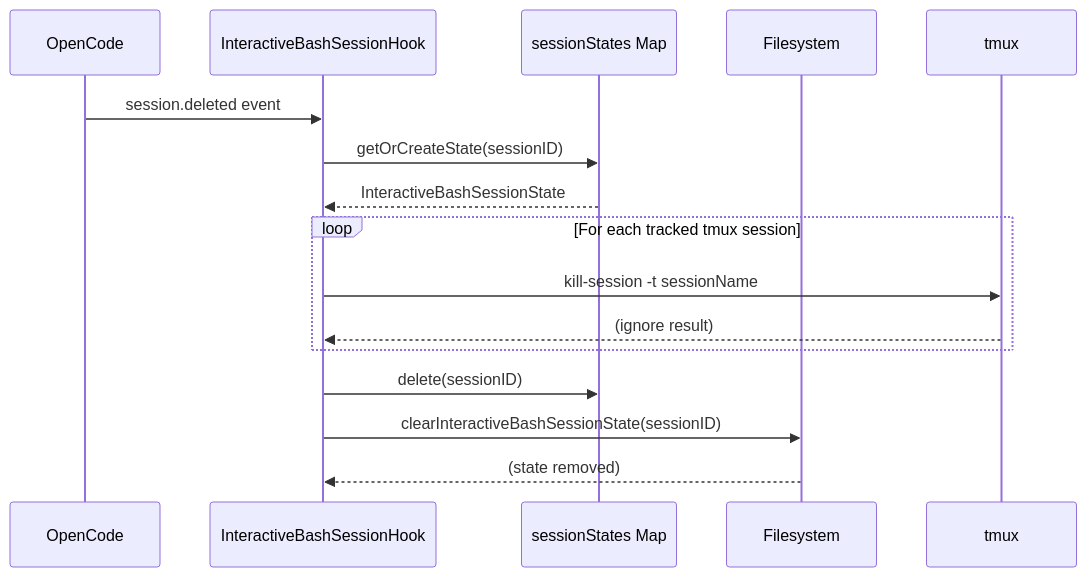
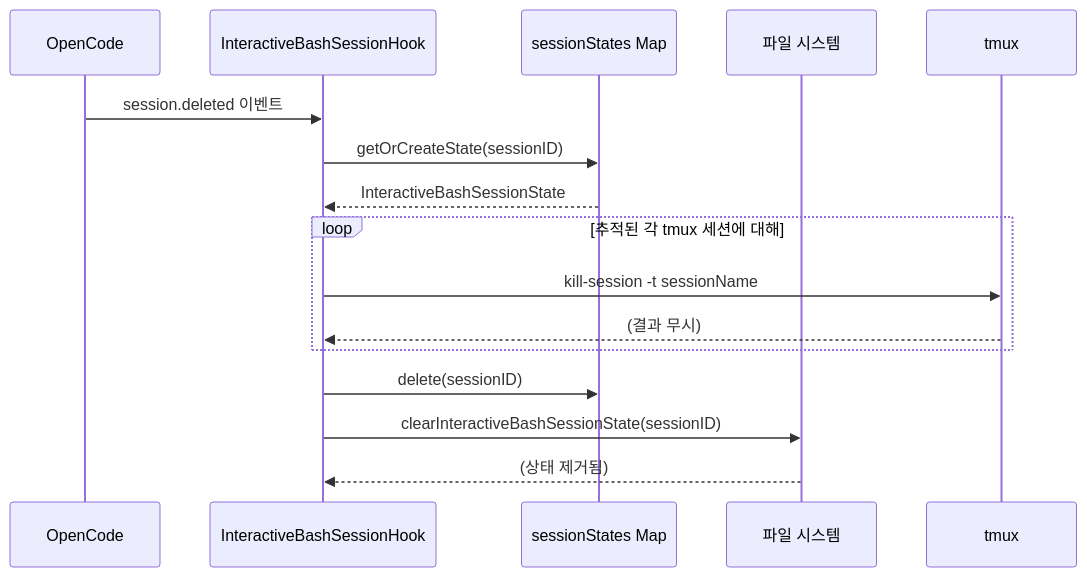
Before and after one commit to felipetruman/oh-my-opencode-docs: the fifth of 7 diagrams in docs/tools/specialized-tools.md, drawn with Mermaid. The commit also changed other lines of this file and 76 other files, not shown here.

````diff
--- a/docs/tools/specialized-tools.md
+++ b/docs/tools/specialized-tools.md
@@ -318,19 +287,19 @@
 ```mermaid
 sequenceDiagram
   participant p1 as OpenCode
   participant p2 as InteractiveBashSessionHook
   participant p3 as sessionStates Map
-  participant p4 as Filesystem
+  participant p4 as 파일 시스템
   participant p5 as tmux
 
-  p1->>p2: session.deleted event
+  p1->>p2: session.deleted 이벤트
   p2->>p3: getOrCreateState(sessionID)
   p3-->>p2: InteractiveBashSessionState
-  loop For each tracked tmux session
+  loop 추적된 각 tmux 세션에 대해
     p2->>p5: kill-session -t sessionName
-    p5-->>p2: (ignore result)
+    p5-->>p2: (결과 무시)
   end
   p2->>p3: delete(sessionID)
   p2->>p4: clearInteractiveBashSessionState(sessionID)
-  p4-->>p2: (state removed)
+  p4-->>p2: (상태 제거됨)
 ```
````
